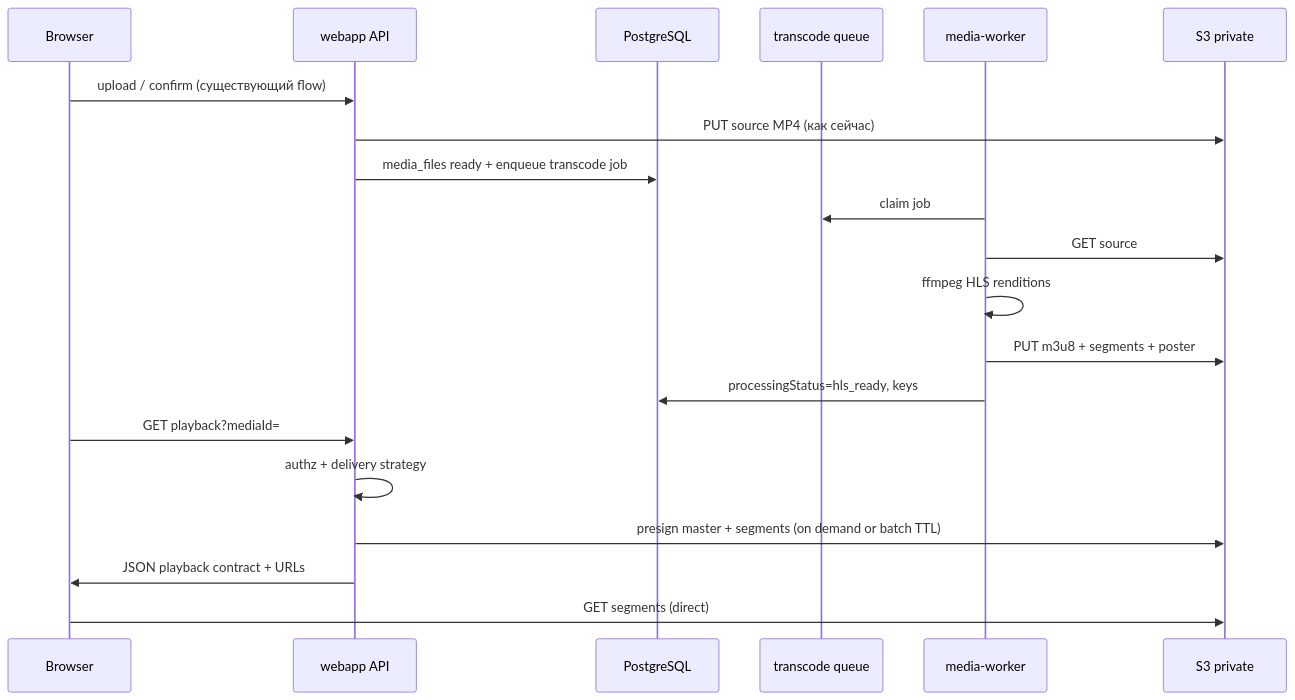
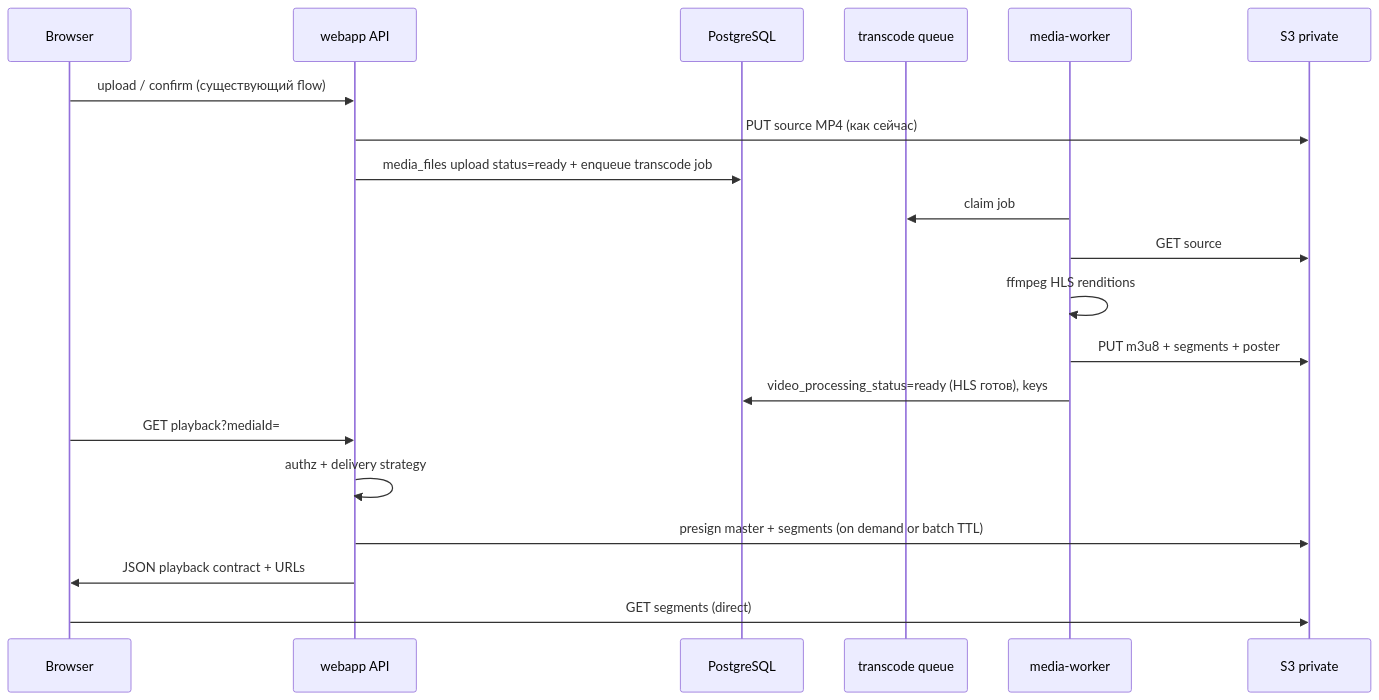
Before and after one commit to Dimmdao2/BersonCareBot: the diagram in docs/VIDEO_HLS_DELIVERY/02-target-architecture.md, drawn with Mermaid. The commit also changed other lines of this file and 103 other files, not shown here.

````diff
--- a/docs/VIDEO_HLS_DELIVERY/02-target-architecture.md
+++ b/docs/VIDEO_HLS_DELIVERY/02-target-architecture.md
@@ -25,24 +25,24 @@
 ```mermaid
 sequenceDiagram
   participant U as Browser
   participant W as webapp API
   participant DB as PostgreSQL
   participant Q as transcode queue
   participant MW as media-worker
   participant S3 as S3 private
 
   U->>W: upload / confirm (существующий flow)
   W->>S3: PUT source MP4 (как сейчас)
-  W->>DB: media_files ready + enqueue transcode job
+  W->>DB: media_files upload status=ready + enqueue transcode job
   MW->>Q: claim job
   MW->>S3: GET source
   MW->>MW: ffmpeg HLS renditions
   MW->>S3: PUT m3u8 + segments + poster
-  MW->>DB: processingStatus=hls_ready, keys
+  MW->>DB: video_processing_status=ready (HLS готов), keys
 
   U->>W: GET playback?mediaId=
   W->>W: authz + delivery strategy
   W->>S3: presign master + segments (on demand or batch TTL)
   W->>U: JSON playback contract + URLs
   U->>S3: GET segments (direct)
 ```
````
